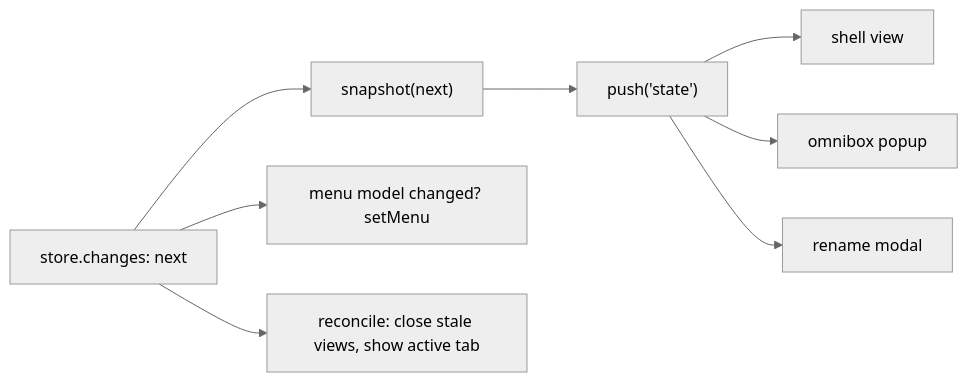
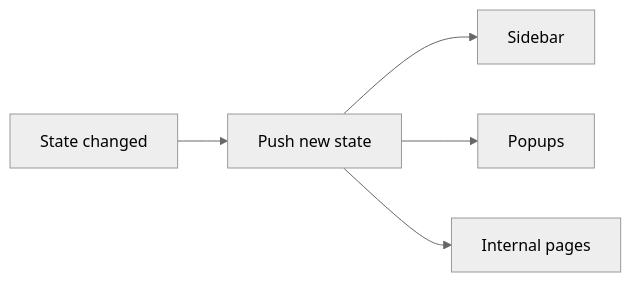
Before and after one commit to rom100main/arbor: the fourth of 4 diagrams in docs/architecture/02-ipc.md, drawn with Mermaid (neutral theme). The commit also changed other lines of this file and 6 other files, not shown here.

````diff
--- a/docs/architecture/02-ipc.md
+++ b/docs/architecture/02-ipc.md
@@ -77,10 +61,7 @@
 ```mermaid
 flowchart LR
-    Commit["store.changes: next"] --> Snap["snapshot(next)"]
-    Snap --> Push["push('state')"]
-    Push --> W1["shell view"]
-    Push --> W2["omnibox popup"]
-    Push --> W3["rename modal"]
-    Commit --> Menu["menu model changed? setMenu"]
-    Commit --> Views["reconcile: close stale views, show active tab"]
+    Change["State changed"] --> Push["Push new state"]
+    Push --> A["Sidebar"]
+    Push --> B["Popups"]
+    Push --> C["Internal pages"]
 ```
````
